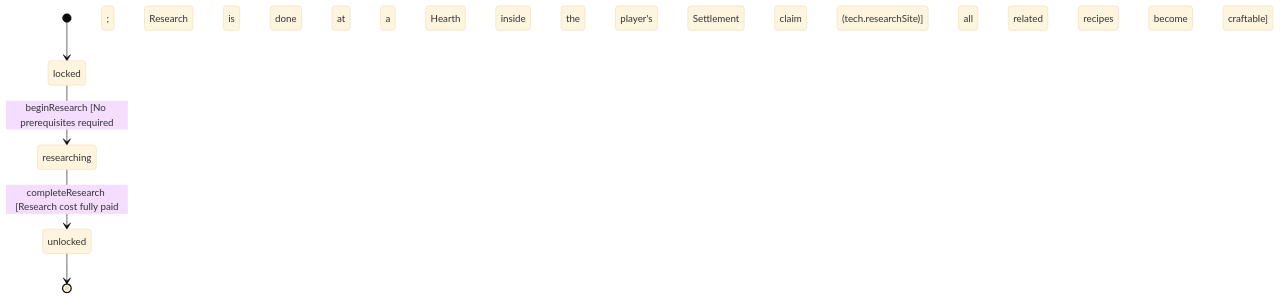
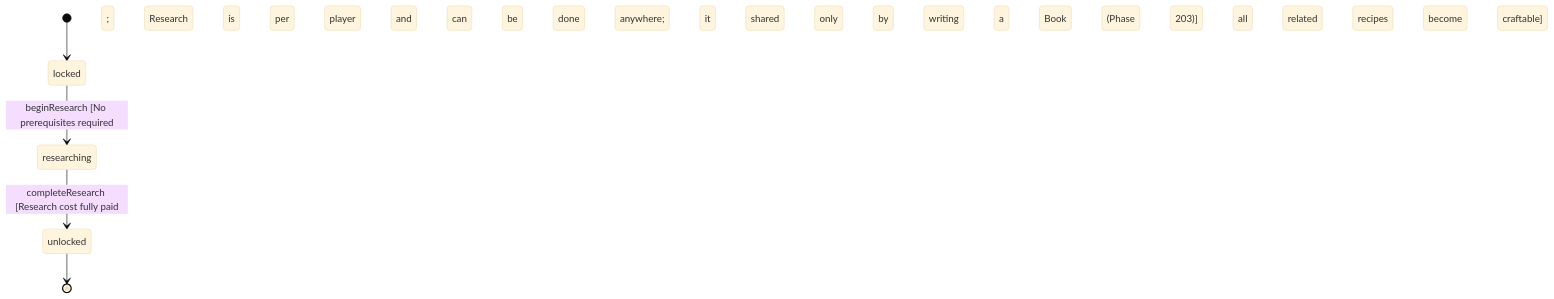
Before and after one commit to Tubaleviao/project-nihon: the diagram in wiki/entities/techbasicsmithing.md, drawn with Mermaid (base theme). The commit also changed other lines of this file and 219 other files, not shown here.

First line of the commit message:
fabric(clan): clans, owned structures, durability, writing, chests and tall structures in the fabric (Phase 203) (#543)

````diff
--- a/wiki/entities/techbasicsmithing.md
+++ b/wiki/entities/techbasicsmithing.md
@@ -36,7 +35,7 @@
 ```mermaid
 stateDiagram-v2
   [*] --> locked
-  locked --> researching : beginResearch [No prerequisites required; Research is done at a Hearth inside the player's Settlement claim (tech.researchSite)]
+  locked --> researching : beginResearch [No prerequisites required; Research is per player and can be done anywhere; it is shared only by writing a Book (Phase 203)]
   researching --> unlocked : completeResearch [Research cost fully paid; all related recipes become craftable]
   unlocked --> [*]
 ```
````
